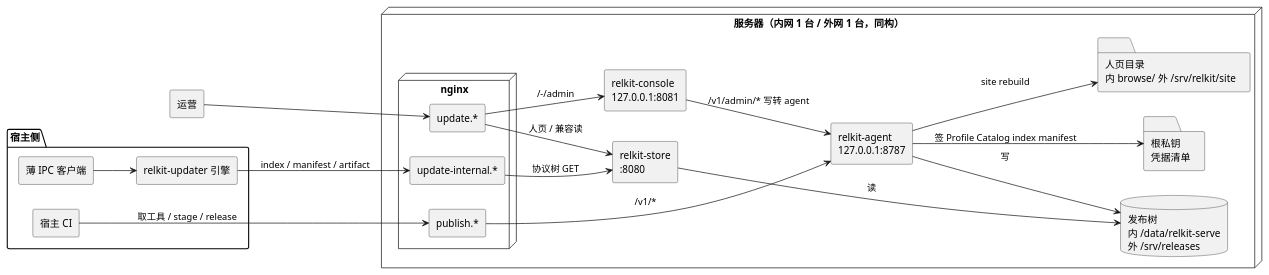
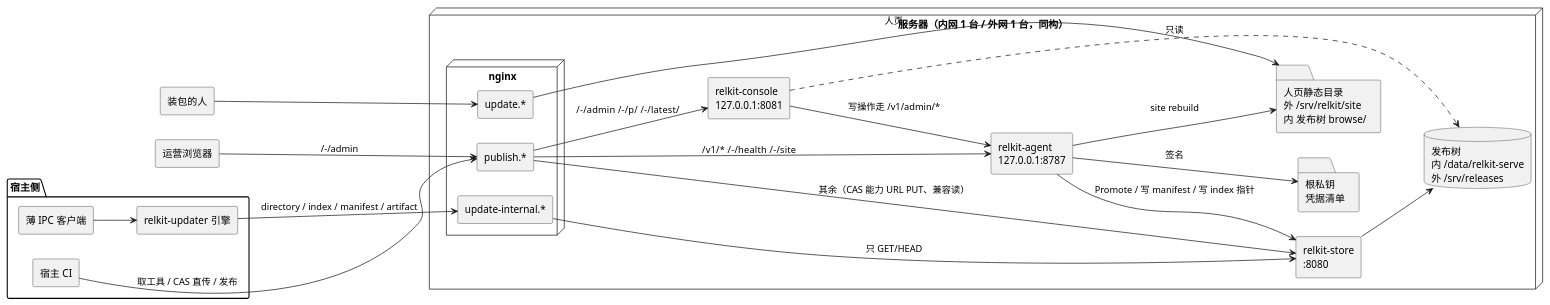
The first of 5 diagrams in docs/design/topology.md (shichao402/relkit), drawn with PlantUML before and after one commit. The commit also changed other lines of this file and 12 other files, not shown here.

````diff
--- a/docs/design/topology.md
+++ b/docs/design/topology.md
@@ -22,43 +24,49 @@
 ```plantuml
 @startuml
 skinparam componentStyle rectangle
 skinparam shadowing false
 left to right direction
 
 package "宿主侧" {
   [宿主 CI] as ci
   [薄 IPC 客户端] as thin
   [relkit-updater 引擎] as engine
 }
 
+[运营浏览器] as op
+[装包的人] as human
+
 node "服务器（内网 1 台 / 外网 1 台，同构）" {
   node "nginx" {
     [publish.*] as vpub
     [update-internal.*] as vint
     [update.*] as vupd
   }
   [relkit-agent\n127.0.0.1:8787] as agent
   [relkit-store\n:8080] as store
   [relkit-console\n127.0.0.1:8081] as console
   database "发布树\n内 /data/relkit-serve\n外 /srv/releases" as tree
   folder "根私钥\n凭据清单" as key
-  folder "人页目录\n内 browse/ 外 /srv/relkit/site" as site
+  folder "人页静态目录\n外 /srv/relkit/site\n内 发布树 browse/" as site
 }
 
-[运营] as op
+ci --> vpub : 取工具 / CAS 直传 / 发布
+op --> vpub : /-/admin
+engine --> vint : directory / index / manifest / artifact
+human --> vupd
+thin --> engine
 
-ci --> vpub : 取工具 / stage / release
-vpub --> agent : /v1/*
-vint --> store : 协议树 GET
-vupd --> console : /-/admin
-vupd --> store : 人页 / 兼容读
-thin --> engine
-engine --> vint : index / manifest / artifact
-agent --> tree : 写
-agent --> key : 签 Profile Catalog index manifest
+vpub --> agent : /v1/*  /-/health  /-/site
+vpub --> console : /-/admin  /-/p/  /-/latest/
+vpub --> store : 其余（CAS 能力 URL PUT、兼容读）
+vint --> store : 只 GET/HEAD
+vupd --> site : 人页
+
+agent --> key : 签名
+agent --> store : Promote / 写 manifest / 写 index 指针
 agent --> site : site rebuild
-store --> tree : 读
-console --> agent : /v1/admin/* 写转 agent
-op --> vupd
+console --> agent : 写操作走 /v1/admin/*
+console ..> tree : 只读
+store --> tree
 @enduml
 ```
````
